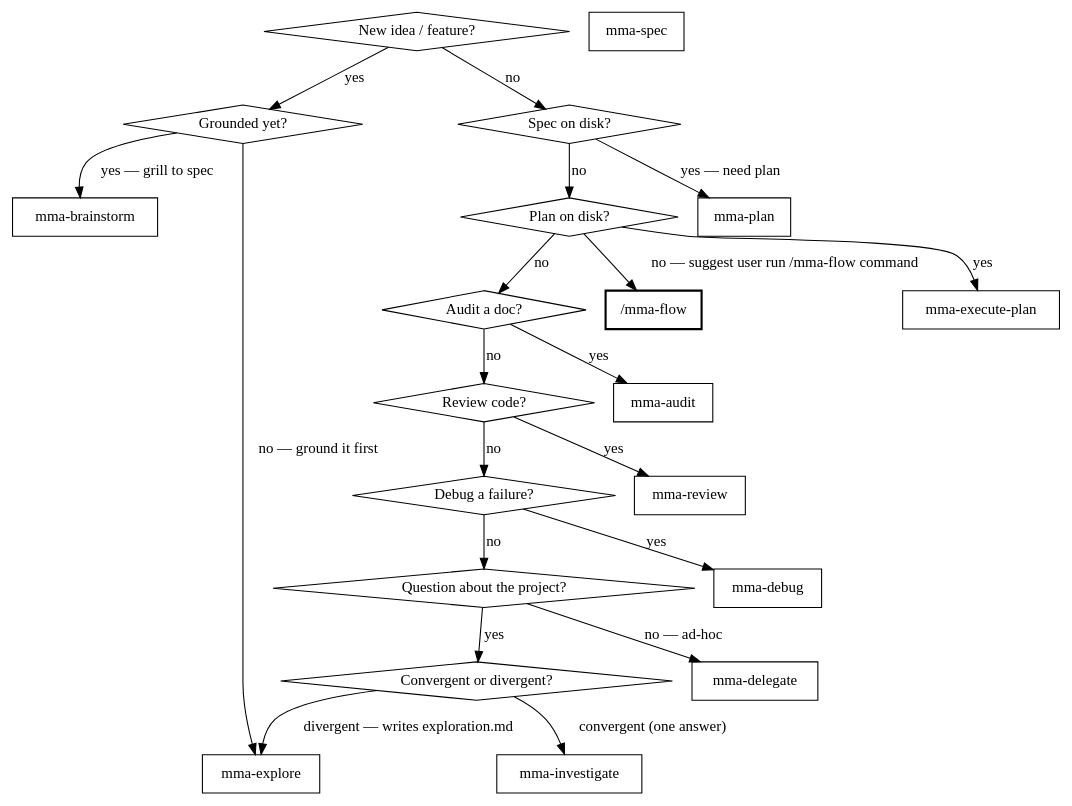
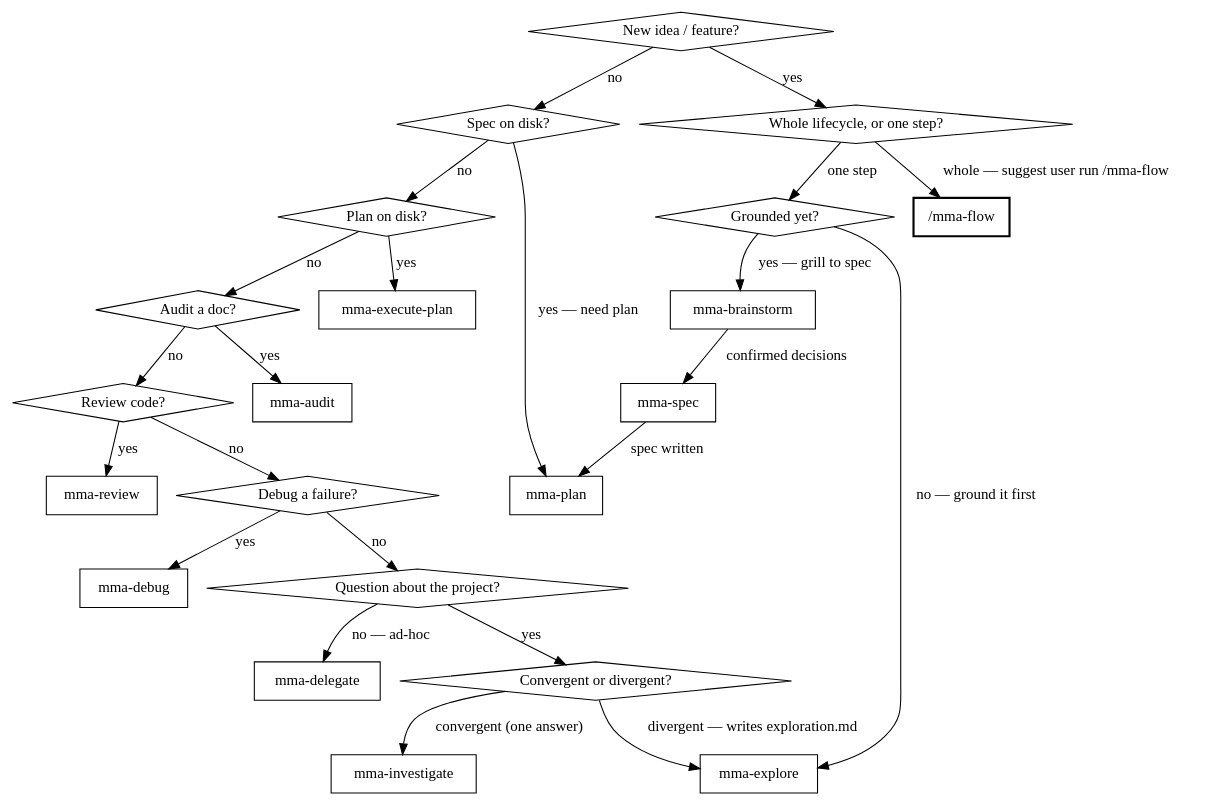
The diagram in packages/server/src/skills/multi-model-agent/SKILL.md (zhixuan312/multi-model-agent), drawn with Graphviz before and after one commit. The commit also changed other lines of this file and 12 other files, not shown here.

First line of the commit message:
fix(skills): a decision graph that answered "no" two ways, and a PR-only view of a 3-disposition flow

````diff
--- a/packages/server/src/skills/multi-model-agent/SKILL.md
+++ b/packages/server/src/skills/multi-model-agent/SKILL.md
@@ -25,44 +25,48 @@
 ```dot
 digraph picker {
     "New idea / feature?" [shape=diamond];
+    "Whole lifecycle, or one step?" [shape=diamond];
     "Grounded yet?" [shape=diamond];
     "Spec on disk?" [shape=diamond];
     "Plan on disk?" [shape=diamond];
     "Audit a doc?" [shape=diamond];
     "Review code?" [shape=diamond];
     "Debug a failure?" [shape=diamond];
     "Question about the project?" [shape=diamond];
     "Convergent or divergent?" [shape=diamond];
     "mma-brainstorm" [shape=box];
     "/mma-flow" [shape=box, style=bold];
     "mma-spec" [shape=box];
     "mma-plan" [shape=box];
     "mma-execute-plan" [shape=box];
     "mma-audit" [shape=box];
     "mma-review" [shape=box];
     "mma-debug" [shape=box];
     "mma-investigate" [shape=box];
     "mma-explore" [shape=box];
     "mma-delegate" [shape=box];
 
-    "New idea / feature?" -> "Grounded yet?" [label="yes"];
+    "New idea / feature?" -> "Whole lifecycle, or one step?" [label="yes"];
+    "Whole lifecycle, or one step?" -> "/mma-flow" [label="whole — suggest user run /mma-flow"];
+    "Whole lifecycle, or one step?" -> "Grounded yet?" [label="one step"];
     "Grounded yet?" -> "mma-explore" [label="no — ground it first"];
     "Grounded yet?" -> "mma-brainstorm" [label="yes — grill to spec"];
+    "mma-brainstorm" -> "mma-spec" [label="confirmed decisions"];
+    "mma-spec" -> "mma-plan" [label="spec written"];
     "New idea / feature?" -> "Spec on disk?" [label="no"];
     "Spec on disk?" -> "mma-plan" [label="yes — need plan"];
     "Spec on disk?" -> "Plan on disk?" [label="no"];
-    "Plan on disk?" -> "/mma-flow" [label="no — suggest user run /mma-flow command"];
     "Plan on disk?" -> "mma-execute-plan" [label="yes"];
     "Plan on disk?" -> "Audit a doc?" [label="no"];
     "Audit a doc?" -> "mma-audit" [label="yes"];
     "Audit a doc?" -> "Review code?" [label="no"];
     "Review code?" -> "mma-review" [label="yes"];
     "Review code?" -> "Debug a failure?" [label="no"];
     "Debug a failure?" -> "mma-debug" [label="yes"];
     "Debug a failure?" -> "Question about the project?" [label="no"];
     "Question about the project?" -> "Convergent or divergent?" [label="yes"];
     "Question about the project?" -> "mma-delegate" [label="no — ad-hoc"];
     "Convergent or divergent?" -> "mma-investigate" [label="convergent (one answer)"];
     "Convergent or divergent?" -> "mma-explore" [label="divergent — writes exploration.md"];
 }
 ```
````
